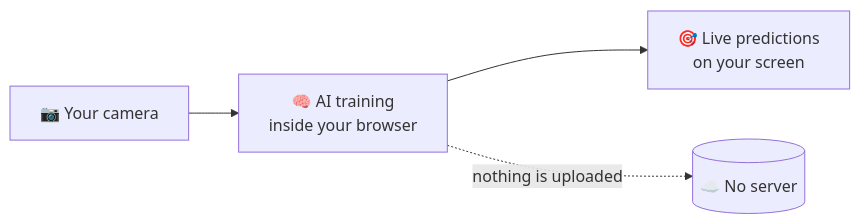
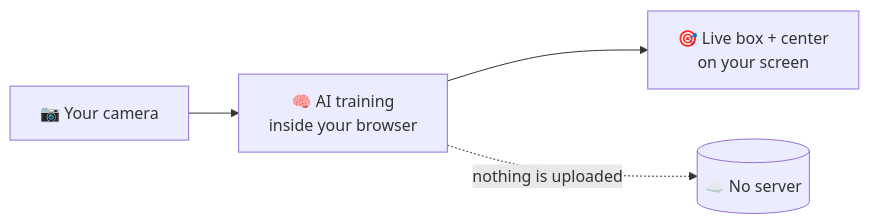
The first of 2 diagrams in README.md (TESR-Channel/AI_vision_Trainer), drawn with Mermaid before and after one commit. The commit also changed other lines of this file and 1 other file, not shown here.

Commit message:
v2: choose Object Detection or Classification — draw your own boxes in-browser, live center (x,y) readout, photo-count guidance, task-aware Python export (COCO-SSD removed)

````diff
--- a/README.md
+++ b/README.md
@@ -27,6 +42,6 @@
 ```mermaid
 flowchart LR
     A[📷 Your camera] --> B[🧠 AI training<br>inside your browser]
-    B --> C[🎯 Live predictions<br>on your screen]
+    B --> C[🎯 Live box + center<br>on your screen]
     B -.->|nothing is uploaded| X[(☁️ No server)]
 ```
````
